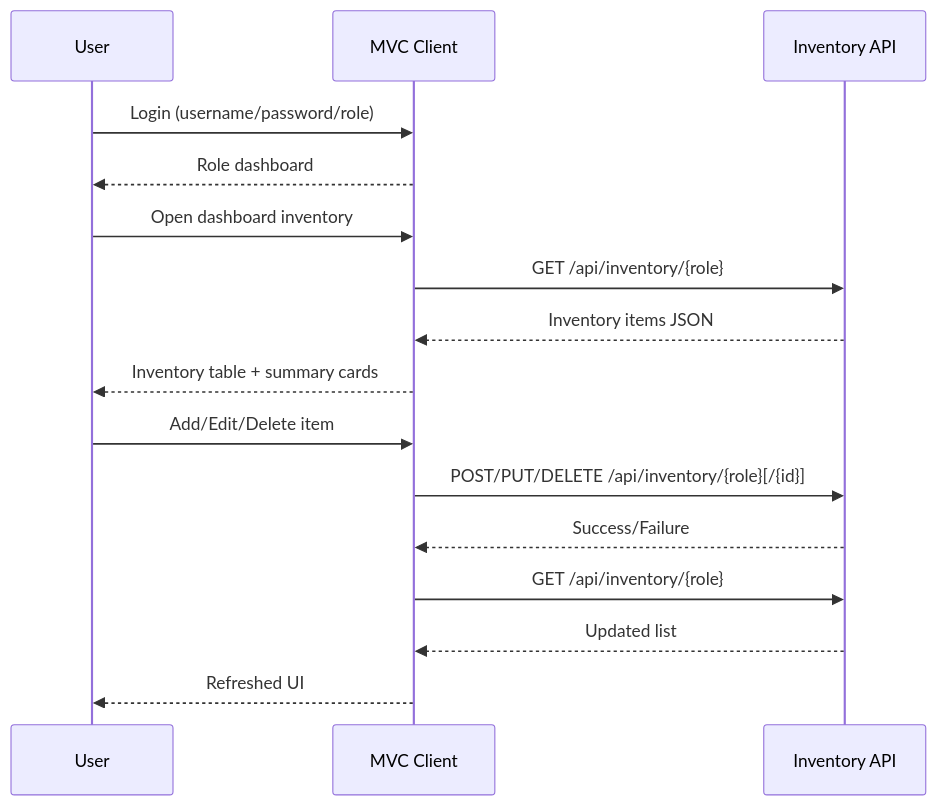
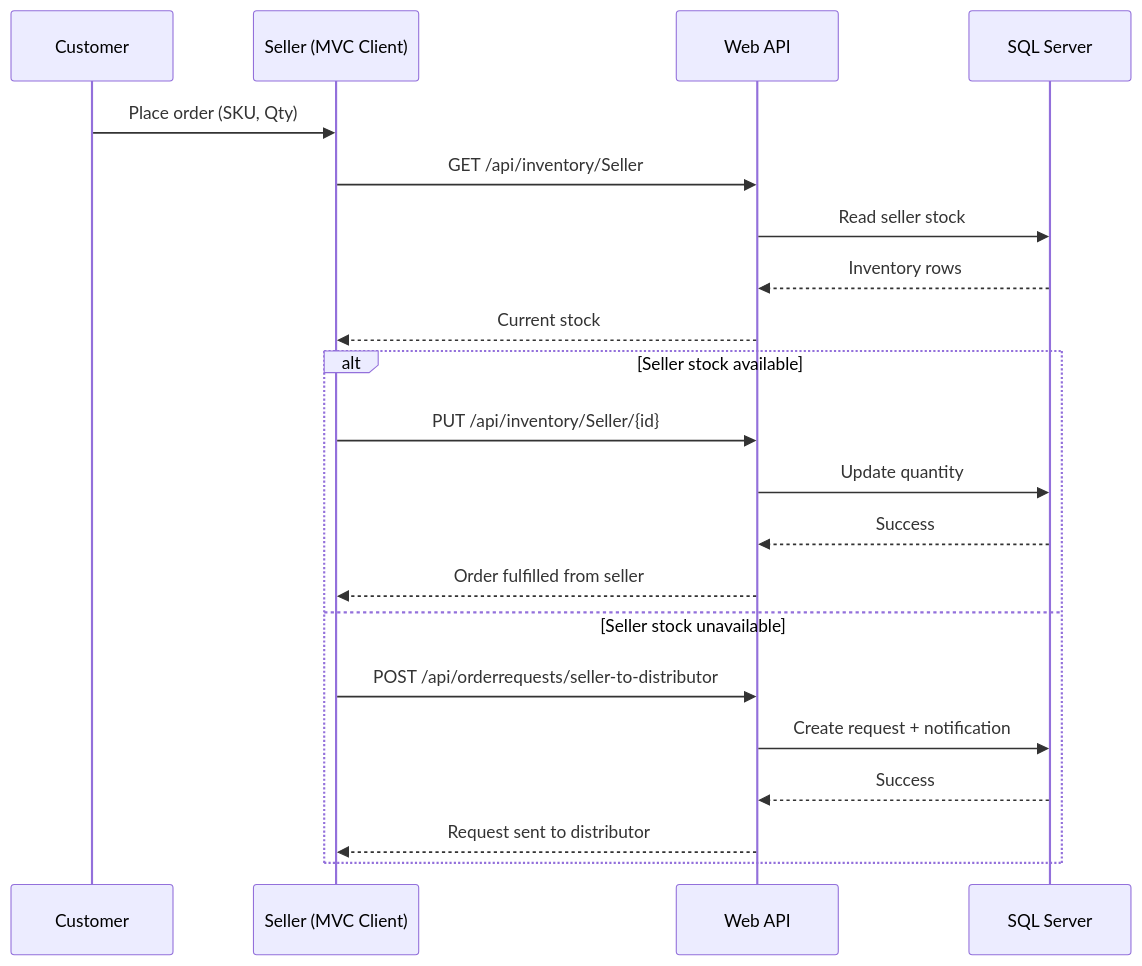
One commit to karththiga/Cozy_Comfort changed the second of 3 diagrams in docs/architecture.md. Above: the diagram before and after it, drawn with Mermaid. The commit also changed other lines of this file and 28 other files, not shown here.

Commit message:
Upgrade Task 2 documentation with complete SOC diagrams and checklist

````diff
--- a/docs/architecture.md
+++ b/docs/architecture.md
@@ -18,21 +22,25 @@
 ```mermaid
 sequenceDiagram
-    participant User
-    participant Client as MVC Client
-    participant API as Inventory API
+    participant Customer
+    participant SellerUI as Seller (MVC Client)
+    participant API as Web API
+    participant DB as SQL Server
 
-    User->>Client: Login (username/password/role)
-    Client-->>User: Role dashboard
+    Customer->>SellerUI: Place order (SKU, Qty)
+    SellerUI->>API: GET /api/inventory/Seller
+    API->>DB: Read seller stock
+    DB-->>API: Inventory rows
+    API-->>SellerUI: Current stock
 
-    User->>Client: Open dashboard inventory
-    Client->>API: GET /api/inventory/{role}
-    API-->>Client: Inventory items JSON
-    Client-->>User: Inventory table + summary cards
-
-    User->>Client: Add/Edit/Delete item
-    Client->>API: POST/PUT/DELETE /api/inventory/{role}[/{id}]
-    API-->>Client: Success/Failure
-    Client->>API: GET /api/inventory/{role}
-    API-->>Client: Updated list
-    Client-->>User: Refreshed UI
+    alt Seller stock available
+        SellerUI->>API: PUT /api/inventory/Seller/{id}
+        API->>DB: Update quantity
+        DB-->>API: Success
+        API-->>SellerUI: Order fulfilled from seller
+    else Seller stock unavailable
+        SellerUI->>API: POST /api/orderrequests/seller-to-distributor
+        API->>DB: Create request + notification
+        DB-->>API: Success
+        API-->>SellerUI: Request sent to distributor
+    end
 ```
````
